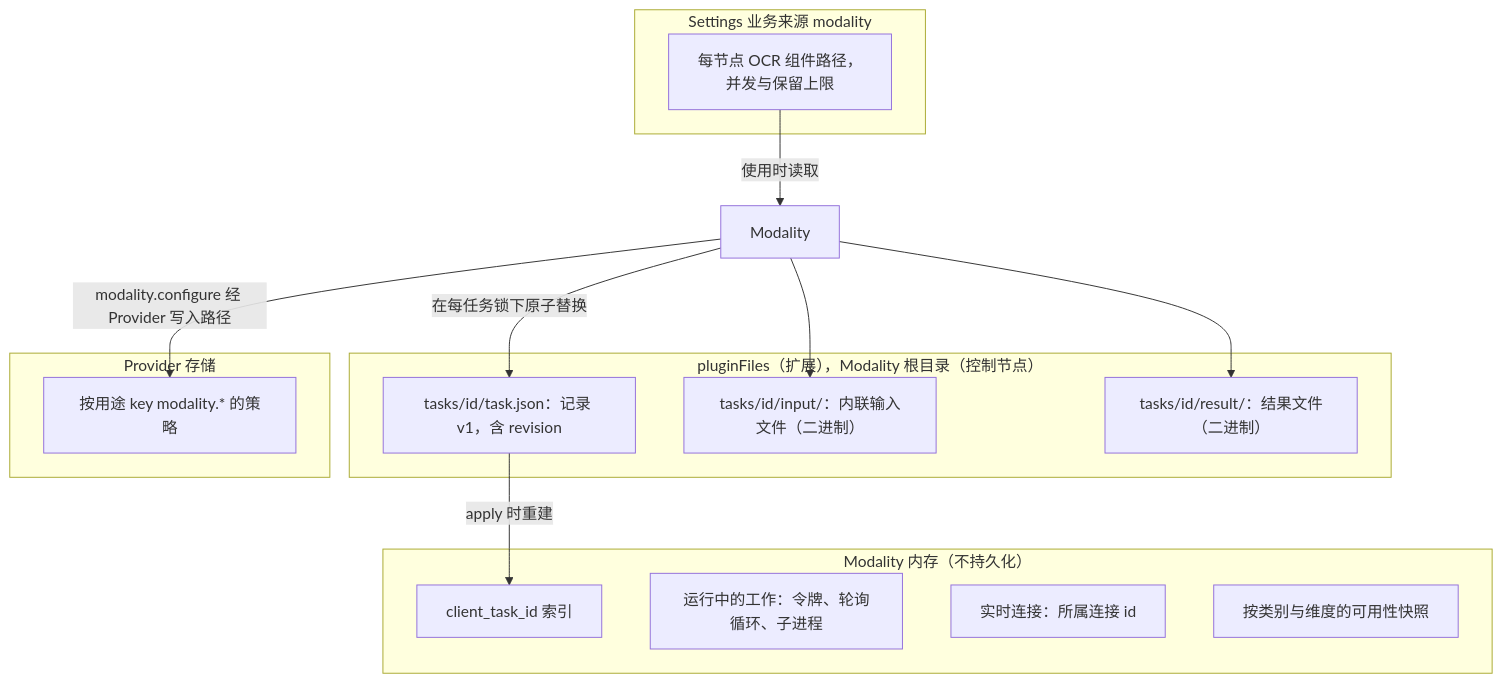
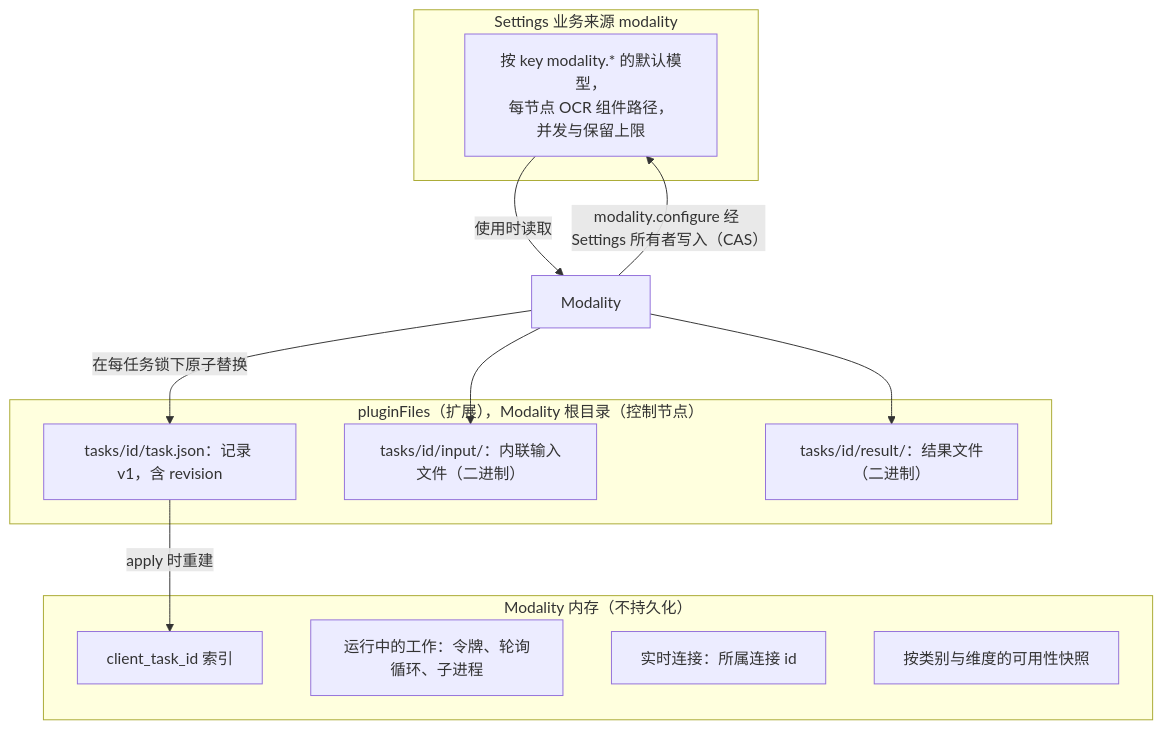
The second of 6 diagrams in docs/zh/design/plugins/Modality.md (CoutinhoTTS/dim-agent), drawn with Mermaid before and after one commit. The commit also changed other lines of this file and 14 other files, not shown here.

````diff
--- a/docs/zh/design/plugins/Modality.md
+++ b/docs/zh/design/plugins/Modality.md
@@ -51,26 +51,23 @@
 ```mermaid
 flowchart TB
   subgraph PS["pluginFiles（扩展），Modality 根目录（控制节点）"]
     Rec["tasks/id/task.json：记录 v1，含 revision"]
     In["tasks/id/input/：内联输入文件（二进制）"]
     Res["tasks/id/result/：结果文件（二进制）"]
   end
-  subgraph PROV["Provider 存储"]
-    Pol["按用途 key modality.* 的策略"]
-  end
   subgraph SET["Settings 业务来源 modality"]
-    Cfg["每节点 OCR 组件路径，<br/>并发与保留上限"]
+    Cfg["按 key modality.* 的默认模型，<br/>每节点 OCR 组件路径，<br/>并发与保留上限"]
   end
   subgraph MEM["Modality 内存（不持久化）"]
     Idx["client_task_id 索引"]
     Run["运行中的工作：令牌、轮询循环、子进程"]
     RT["实时连接：所属连接 id"]
     Av["按类别与维度的可用性快照"]
   end
   Mod["Modality"] -->|"在每任务锁下原子替换"| Rec
   Mod --> In
   Mod --> Res
-  Mod -->|"modality.configure 经 Provider 写入路径"| Pol
+  Mod -->|"modality.configure 经 Settings 所有者写入（CAS）"| Cfg
   Rec -->|"apply 时重建"| Idx
   Cfg -->|"使用时读取"| Mod
 ```
````
